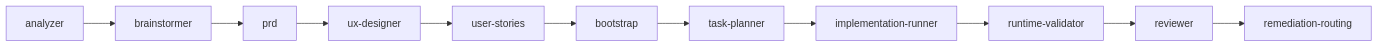
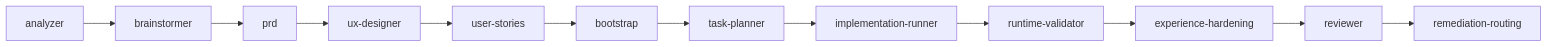
One commit to cankocakulak/ViberMode changed the fourth of 6 diagrams in docs/reference/repo-visual-map.md. Above: the diagram before and after it, drawn with Mermaid. The commit also changed other lines of this file and 88 other files, not shown here.

````diff
--- a/docs/reference/repo-visual-map.md
+++ b/docs/reference/repo-visual-map.md
@@ -162,13 +181,14 @@
 ```mermaid
 flowchart LR
     analyzer["analyzer"] --> brainstormer["brainstormer"]
     brainstormer --> prd["prd"]
     prd --> ux["ux-designer"]
     ux --> stories["user-stories"]
     stories --> bootstrap["bootstrap"]
     bootstrap --> task_planner["task-planner"]
     task_planner --> implementation["implementation-runner"]
     implementation --> runtime["runtime-validator"]
-    runtime --> reviewer["reviewer"]
+    runtime --> experience["experience-hardening"]
+    experience --> reviewer["reviewer"]
     reviewer --> remediation["remediation-routing"]
 ```
````
